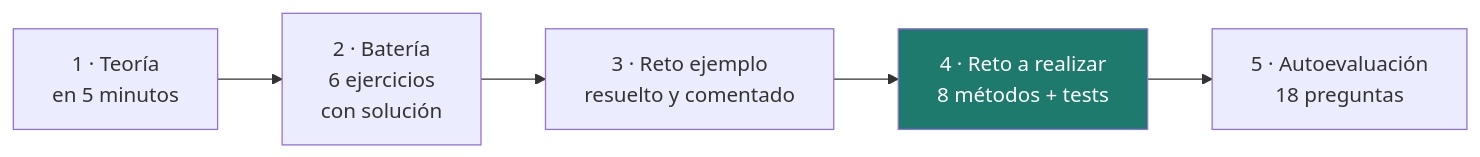
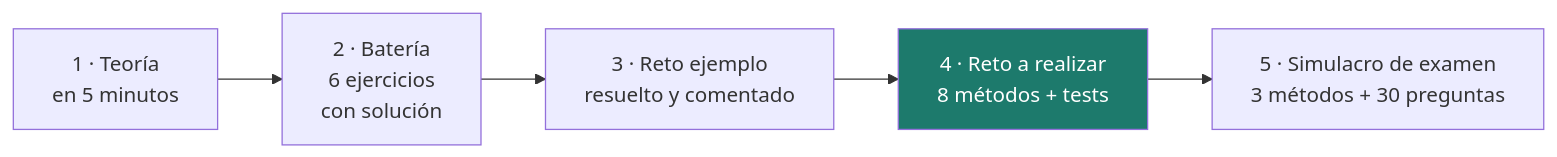
Before and after one commit to campusdevfp/sost2627: the diagram in docs/index.md, drawn with Mermaid. The commit also changed other lines of this file and 22 other files, not shown here.

````diff
--- a/docs/index.md
+++ b/docs/index.md
@@ -28,8 +28,8 @@
 ```mermaid
 flowchart LR
     T["1 · Teoría<br/>en 5 minutos"] --> B["2 · Batería<br/>6 ejercicios<br/>con solución"]
     B --> RE["3 · Reto ejemplo<br/>resuelto y comentado"]
     RE --> RR["4 · Reto a realizar<br/>8 métodos + tests"]
-    RR --> A["5 · Autoevaluación<br/>18 preguntas"]
+    RR --> A["5 · Simulacro de examen<br/>3 métodos + 30 preguntas"]
     style RR fill:#1d7a6c,color:#fff
 ```
````
